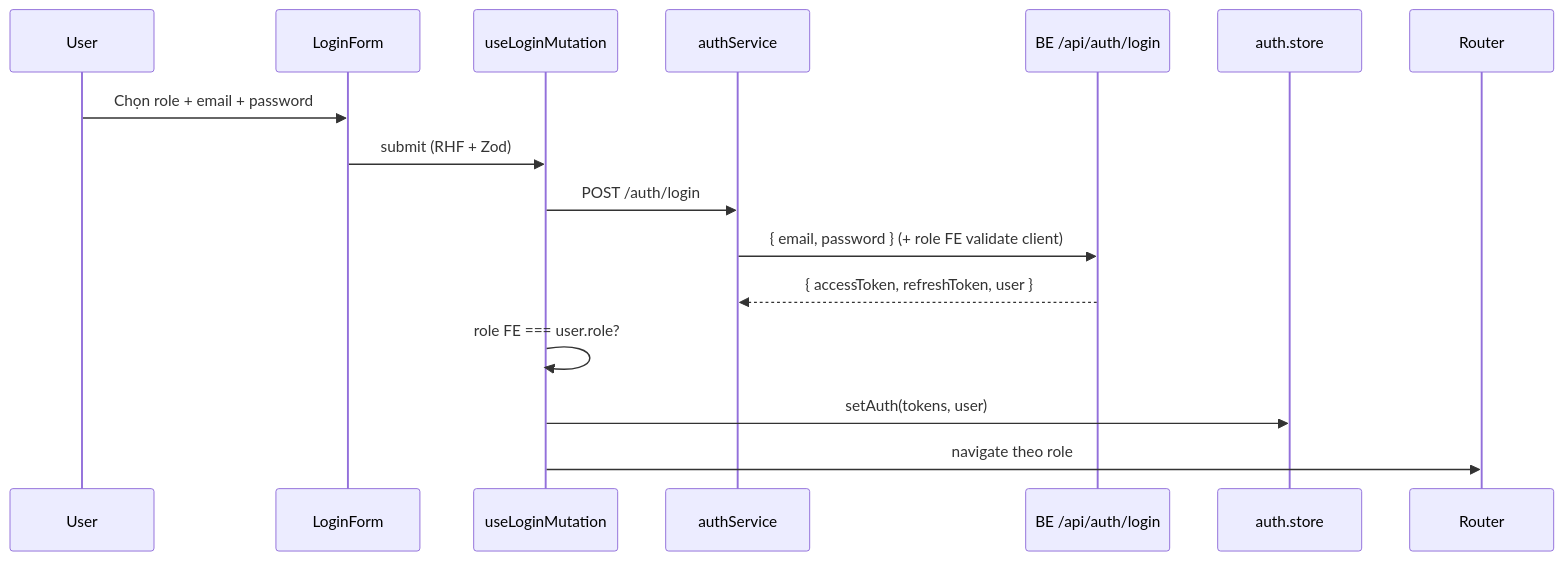
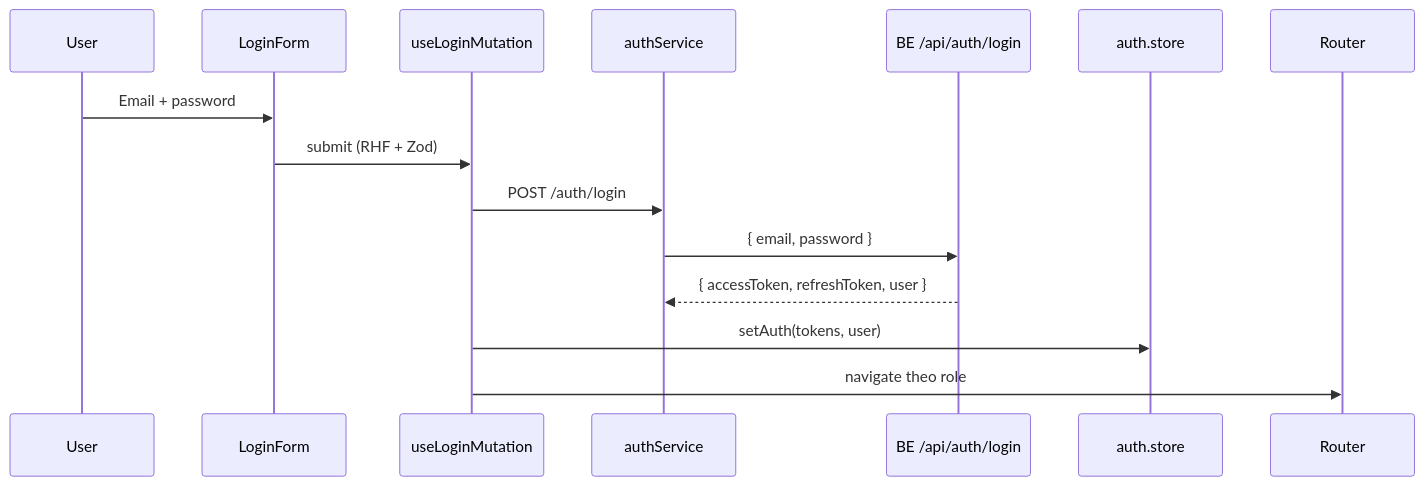
Before and after one commit to DarkEmperor16/GROUP_PROJECT_OJT: the first of 2 diagrams in FE/README.md, drawn with Mermaid. The commit also changed other lines of this file and 8 other files, not shown here.

First line of the commit message:
feat(fe-auth): remove role selector from login flow

````diff
--- a/FE/README.md
+++ b/FE/README.md
@@ -143,19 +143,18 @@
 ```mermaid
 sequenceDiagram
     participant User
     participant LoginForm
     participant useLoginMutation
     participant authService
     participant BE as BE /api/auth/login
     participant Zustand as auth.store
     participant Router
 
-    User->>LoginForm: Chọn role + email + password
+    User->>LoginForm: Email + password
     LoginForm->>useLoginMutation: submit (RHF + Zod)
     useLoginMutation->>authService: POST /auth/login
-    authService->>BE: { email, password } (+ role FE validate client)
+    authService->>BE: { email, password }
     BE-->>authService: { accessToken, refreshToken, user }
-    useLoginMutation->>useLoginMutation: role FE === user.role?
     useLoginMutation->>Zustand: setAuth(tokens, user)
     useLoginMutation->>Router: navigate theo role
 ```
````
